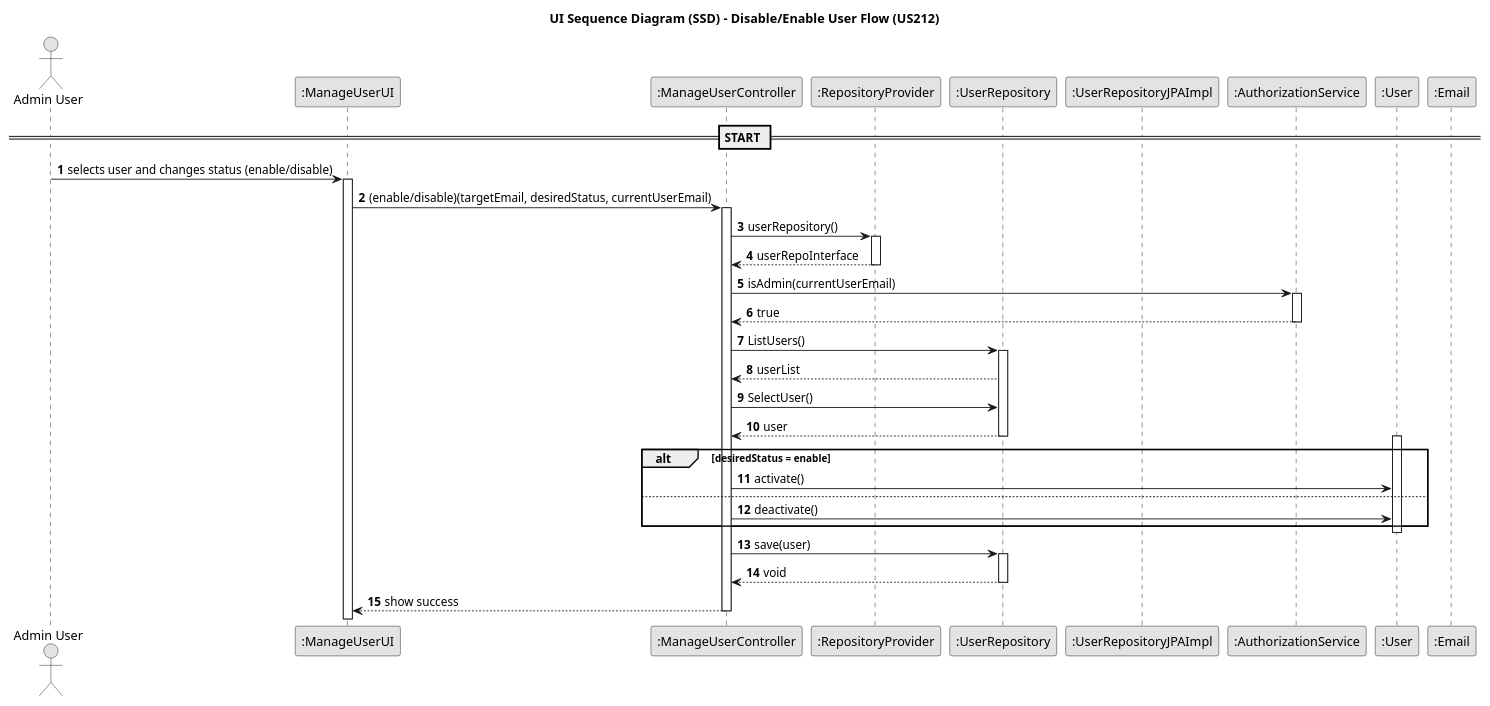
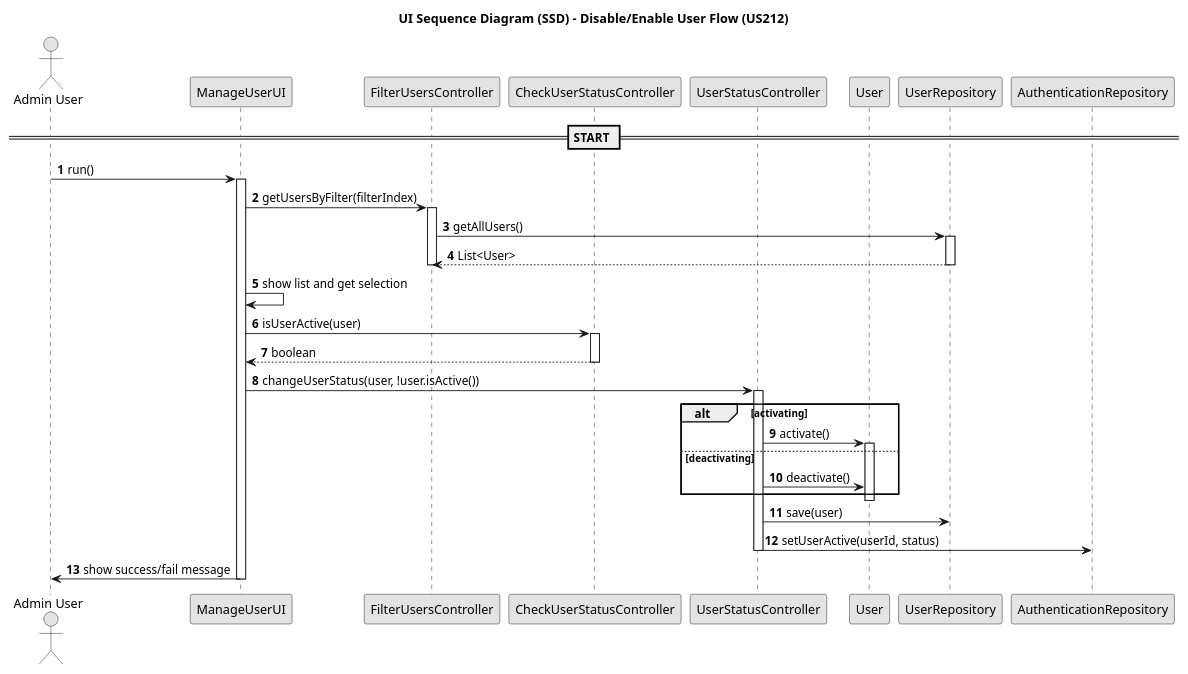
One commit to SAEmanuel/Shodrone_ISEP changed the diagram in docs/planning/sprint2/EAPLI/US212 - Disable or enable users/03.design/puml/us212-domain-model.puml. Above: the diagram before and after it, drawn with PlantUML. The commit also changed 12 other files, not shown here.

```diff
--- a/docs/planning/sprint2/EAPLI/US212 - Disable or enable users/03.design/puml/us212-domain-model.puml
+++ b/docs/planning/sprint2/EAPLI/US212 - Disable or enable users/03.design/puml/us212-domain-model.puml
@@ -1,62 +1,56 @@
 @startuml
 skinparam monochrome true
 skinparam packageStyle rectangle
 skinparam shadowing false
 
 title UI Sequence Diagram (SSD) - Disable/Enable User Flow (US212)
 
 autonumber
 
 actor "Admin User" as user
-participant ":ManageUserUI" as UI
-participant ":ManageUserController" as CTRL
-participant ":RepositoryProvider" as repoProvider
-participant ":UserRepository" as userRepoInterface
-participant ":UserRepositoryJPAImpl" as userJPA
-participant ":AuthorizationService" as authService
-participant ":User" as userEntity
-participant ":Email" as emailVO
+participant "ManageUserUI" as UI
+participant "FilterUsersController" as filterCtrl
+participant "CheckUserStatusController" as checkCtrl
+participant "UserStatusController" as statusCtrl
+participant "User" as userEntity
+participant "UserRepository" as userRepo
+participant "AuthenticationRepository" as authRepo
 
 == START ==
 
-user -> UI : selects user and changes status (enable/disable)
+user -> UI : run()
+
 activate UI
-UI -> CTRL : (enable/disable)(targetEmail, desiredStatus, currentUserEmail)
-activate CTRL
+    UI -> filterCtrl : getUsersByFilter(filterIndex)
+    activate filterCtrl
+        filterCtrl -> userRepo : getAllUsers()
+    activate userRepo
+        userRepo --> filterCtrl : List<User>
+    deactivate userRepo
+    deactivate filterCtrl
 
-CTRL -> repoProvider : userRepository()
-activate repoProvider
-repoProvider --> CTRL : userRepoInterface
-deactivate repoProvider
+    UI -> UI : show list and get selection
 
-CTRL -> authService : isAdmin(currentUserEmail)
-activate authService
-authService --> CTRL : true
-deactivate authService
+    UI -> checkCtrl : isUserActive(user)
+    activate checkCtrl
+    checkCtrl --> UI : boolean
+    deactivate checkCtrl
 
-    deactivate authService
+    UI -> statusCtrl : changeUserStatus(user, !user.isActive())
+    activate statusCtrl
+        alt activating
+            statusCtrl -> userEntity : activate()
+            activate userEntity
+        else deactivating
+            statusCtrl -> userEntity : deactivate()
+        end
+        deactivate userEntity
+        statusCtrl -> userRepo : save(user)
+        statusCtrl -> authRepo : setUserActive(userId, status)
 
-    CTRL -> userRepoInterface : ListUsers()
-    activate userRepoInterface
-    userRepoInterface --> CTRL : userList
-    CTRL -> userRepoInterface : SelectUser()
-    userRepoInterface --> CTRL : user
-    deactivate userRepoInterface
+    deactivate statusCtrl
 
-    alt desiredStatus = enable
-    activate userEntity
-        CTRL -> userEntity : activate()
-    else
-        CTRL -> userEntity : deactivate()
-    end
-    deactivate userEntity
+    UI -> user : show success/fail message
 
-    CTRL -> userRepoInterface : save(user)
-    activate userRepoInterface
-    userRepoInterface --> CTRL : void
-    deactivate userRepoInterface
-
-    CTRL --> UI : show success
-
-deactivate CTRL
+deactivate UI
 @enduml
```
